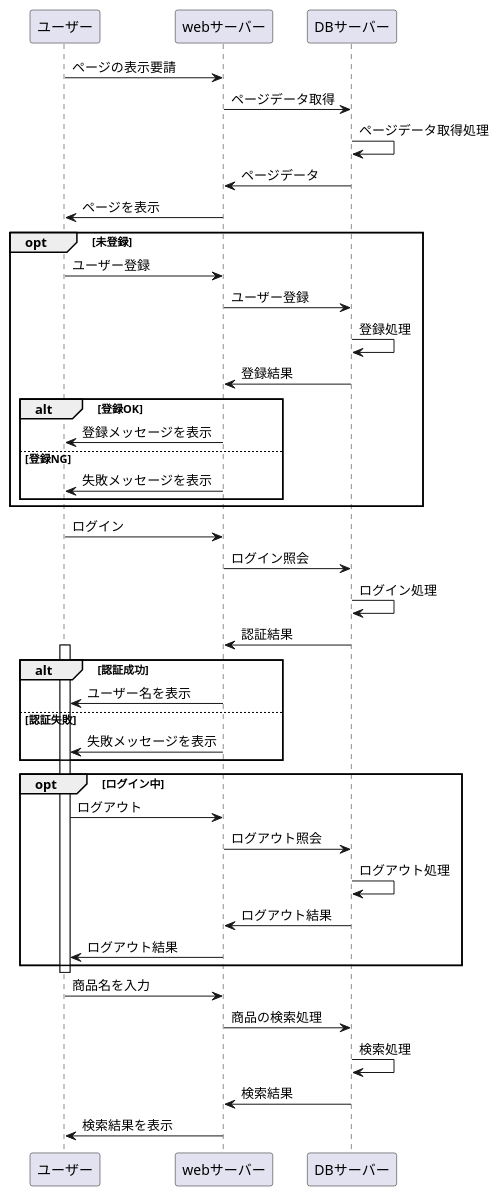
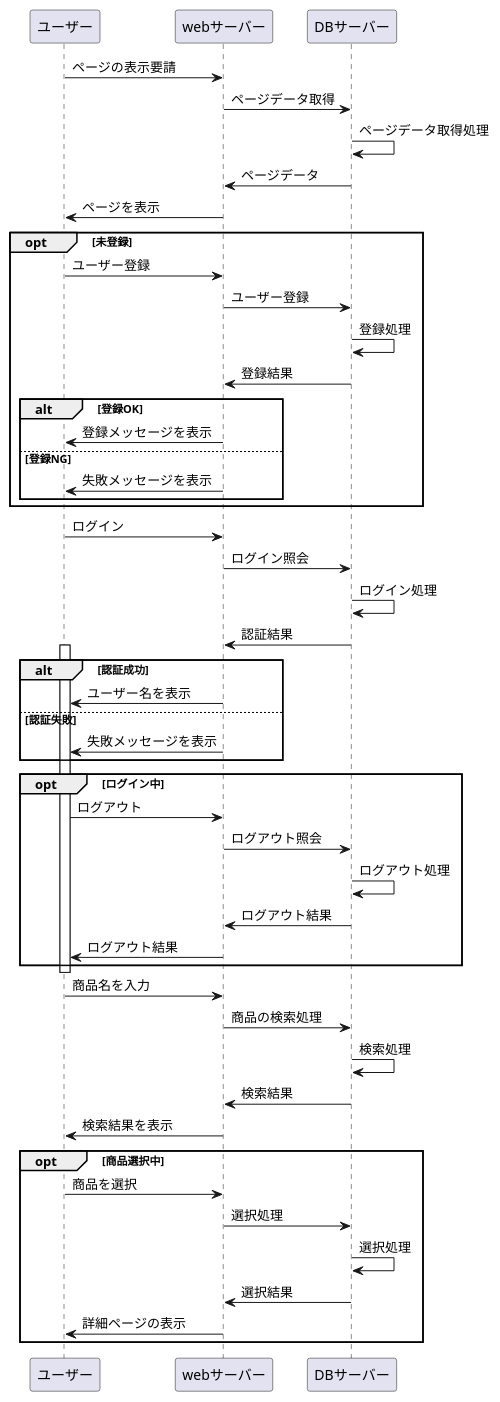
Before and after one commit to Aso2001019/2021sys-design: the diagram in kadai8.md, drawn with PlantUML.

````diff
--- a/kadai8.md
+++ b/kadai8.md
@@ -1,60 +1,70 @@
 ```uml
 @startuml
 ユーザー -> webサーバー : ページの表示要請
 webサーバー -> DBサーバー : ページデータ取得
 DBサーバー -> DBサーバー : ページデータ取得処理
 DBサーバー -> webサーバー : ページデータ
 webサーバー -> ユーザー : ページを表示
 
 opt 未登録
 
 ユーザー -> webサーバー : ユーザー登録
 webサーバー -> DBサーバー : ユーザー登録
 DBサーバー -> DBサーバー : 登録処理
 DBサーバー -> webサーバー : 登録結果
 
 alt 登録OK
 webサーバー -> ユーザー : 登録メッセージを表示
 
 else 登録NG
 webサーバー -> ユーザー : 失敗メッセージを表示
 
 end
 
 end
 
 ユーザー -> webサーバー : ログイン
 webサーバー -> DBサーバー : ログイン照会
 DBサーバー -> DBサーバー : ログイン処理
 DBサーバー -> webサーバー : 認証結果
 
 activate ユーザー
 
 alt 認証成功
 webサーバー -> ユーザー : ユーザー名を表示
 
 else 認証失敗
 webサーバー -> ユーザー : 失敗メッセージを表示
 
 end
 
 opt ログイン中
 
 ユーザー -> webサーバー : ログアウト
 webサーバー -> DBサーバー : ログアウト照会
 DBサーバー -> DBサーバー : ログアウト処理
 DBサーバー -> webサーバー : ログアウト結果
 webサーバー -> ユーザー : ログアウト結果
 
 end
 
 deactivate ユーザー
 
 ユーザー -> webサーバー : 商品名を入力
 webサーバー -> DBサーバー : 商品の検索処理
 DBサーバー -> DBサーバー : 検索処理
 DBサーバー -> webサーバー : 検索結果
 webサーバー -> ユーザー : 検索結果を表示
 
+opt 商品選択中
+
+ユーザー -> webサーバー : 商品を選択
+webサーバー -> DBサーバー : 選択処理
+DBサーバー -> DBサーバー : 選択処理
+DBサーバー -> webサーバー : 選択結果
+webサーバー -> ユーザー : 詳細ページの表示
+
+end
+
 @enduml
 ```
````
